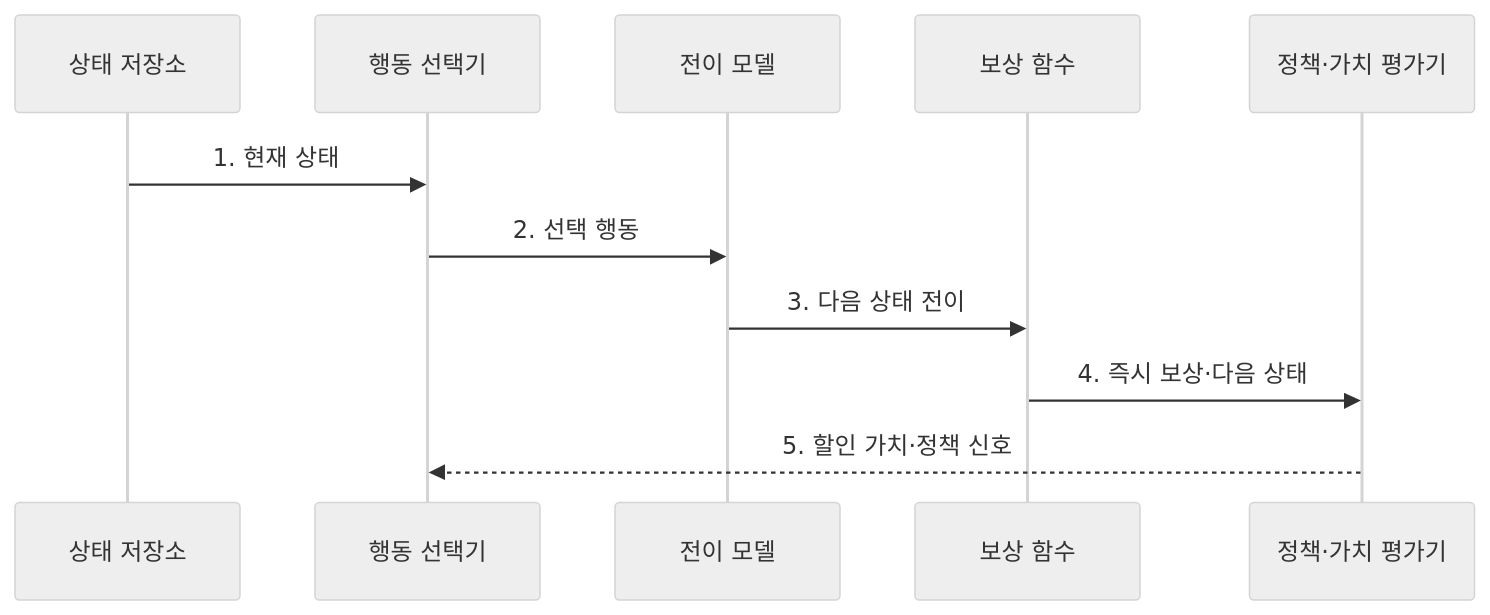
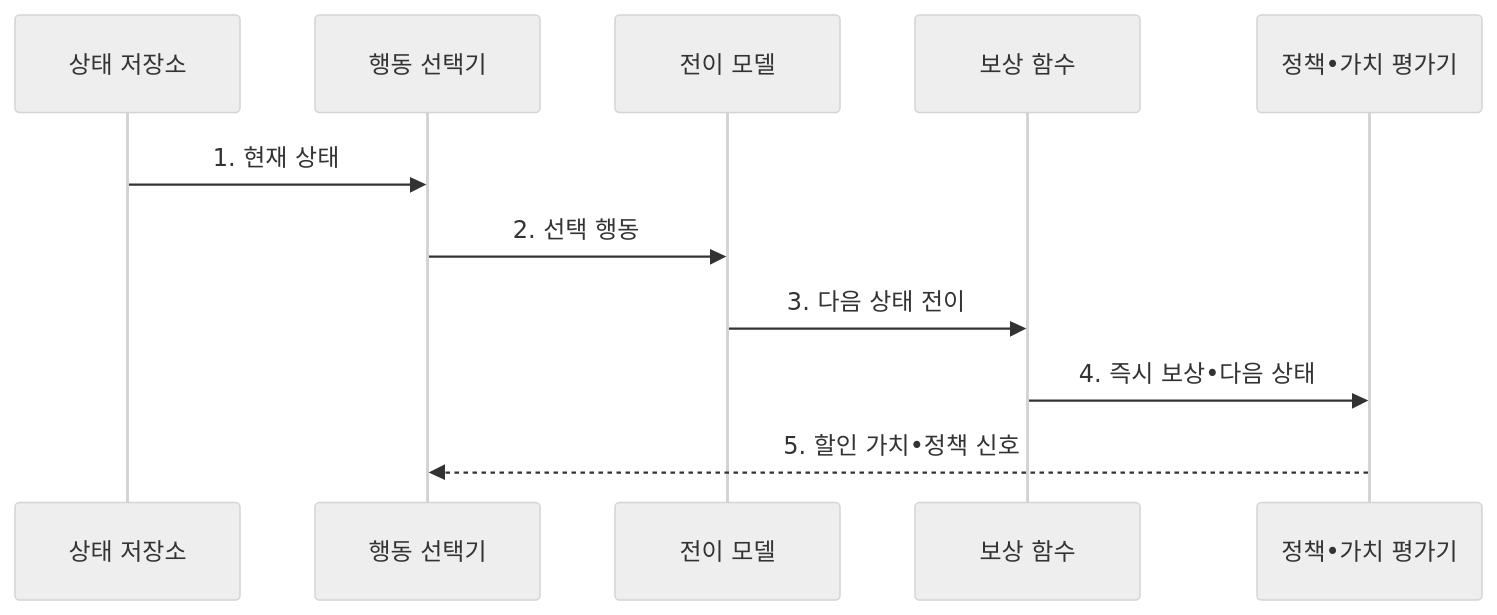
The second of 2 diagrams in src/content/docs/notes/08-latest-tech/096_markov_decision_process.md (agnusdei1207/knowledge-base), drawn with Mermaid (neutral theme) before and after one commit. The commit also changed other lines of this file and 953 other files, not shown here.

````diff
--- a/src/content/docs/notes/08-latest-tech/096_markov_decision_process.md
+++ b/src/content/docs/notes/08-latest-tech/096_markov_decision_process.md
@@ -107,13 +107,13 @@
 ```mermaid
 sequenceDiagram
   participant S as 상태 저장소
   participant A as 행동 선택기
   participant T as 전이 모델
   participant R as 보상 함수
-  participant P as 정책·가치 평가기
+  participant P as 정책•가치 평가기
   S->>A: 1. 현재 상태
   A->>T: 2. 선택 행동
   T->>R: 3. 다음 상태 전이
-  R->>P: 4. 즉시 보상·다음 상태
-  P-->>A: 5. 할인 가치·정책 신호
+  R->>P: 4. 즉시 보상•다음 상태
+  P-->>A: 5. 할인 가치•정책 신호
 ```
````
